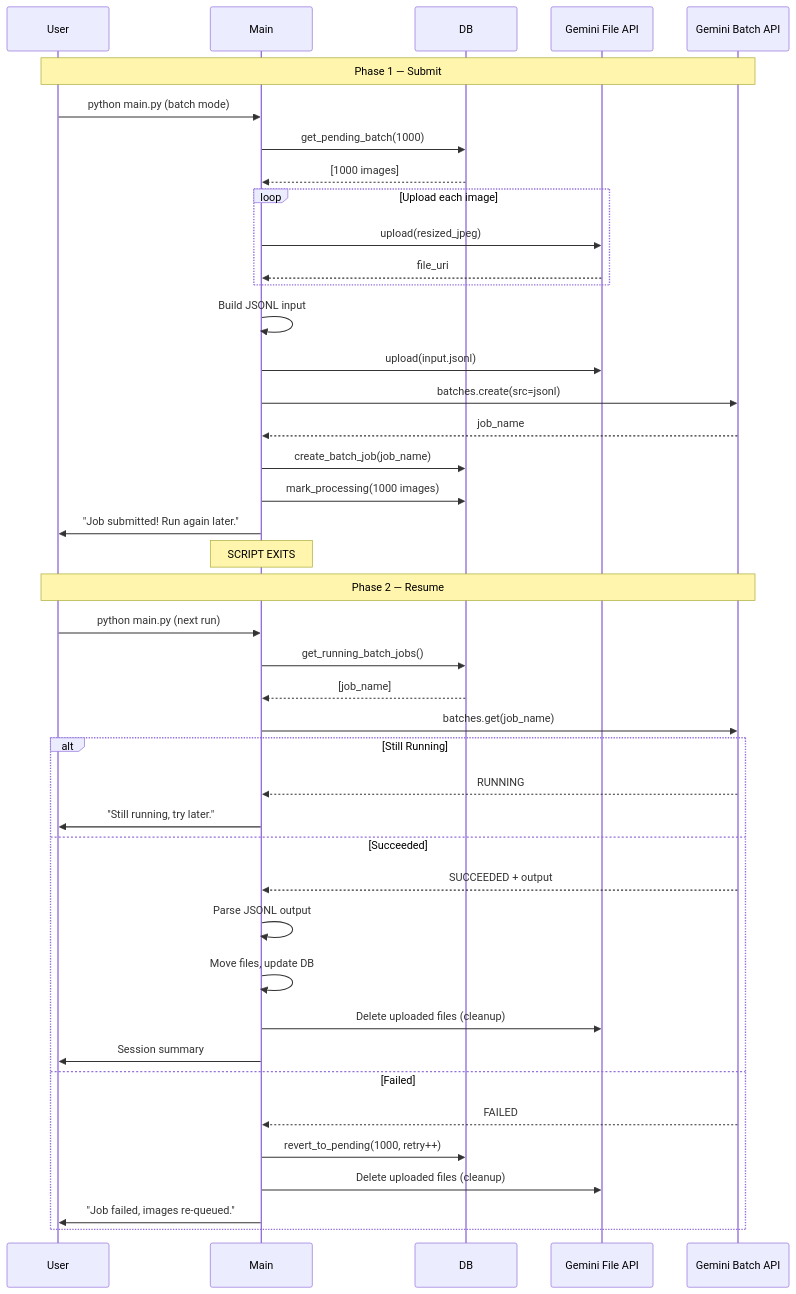
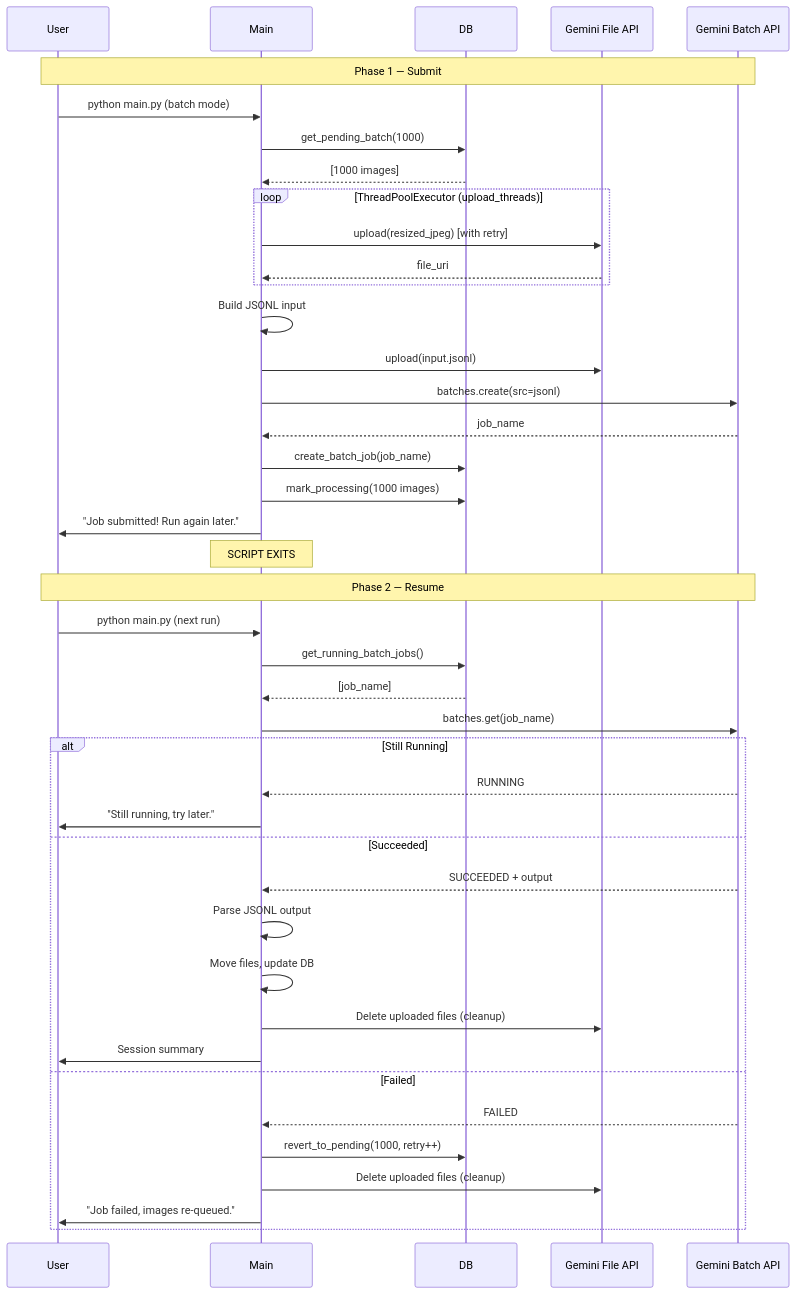
The third of 4 diagrams in docs/architecture.md (jadia/whatsapp_images_sort), drawn with Mermaid before and after one commit. The commit also changed other lines of this file and 16 other files, not shown here.

Commit message:
feat: Implement robust retry logic with exponential backoff, add parallel file deletion to cleanup script, and enhance API cost tracking.

````diff
--- a/docs/architecture.md
+++ b/docs/architecture.md
@@ -106,49 +106,49 @@
 ```mermaid
 sequenceDiagram
     participant User
     participant Main
     participant DB
     participant FileAPI as Gemini File API
     participant BatchAPI as Gemini Batch API
 
     Note over User,BatchAPI: Phase 1 — Submit
     User->>Main: python main.py (batch mode)
     Main->>DB: get_pending_batch(1000)
     DB-->>Main: [1000 images]
 
-    loop Upload each image
-        Main->>FileAPI: upload(resized_jpeg)
+    loop ThreadPoolExecutor (upload_threads)
+        Main->>FileAPI: upload(resized_jpeg) [with retry]
         FileAPI-->>Main: file_uri
     end
 
     Main->>Main: Build JSONL input
     Main->>FileAPI: upload(input.jsonl)
     Main->>BatchAPI: batches.create(src=jsonl)
     BatchAPI-->>Main: job_name
     Main->>DB: create_batch_job(job_name)
     Main->>DB: mark_processing(1000 images)
     Main->>User: "Job submitted! Run again later."
     Note over Main: SCRIPT EXITS
 
     Note over User,BatchAPI: Phase 2 — Resume
     User->>Main: python main.py (next run)
     Main->>DB: get_running_batch_jobs()
     DB-->>Main: [job_name]
     Main->>BatchAPI: batches.get(job_name)
 
     alt Still Running
         BatchAPI-->>Main: RUNNING
         Main->>User: "Still running, try later."
     else Succeeded
         BatchAPI-->>Main: SUCCEEDED + output
         Main->>Main: Parse JSONL output
         Main->>Main: Move files, update DB
         Main->>FileAPI: Delete uploaded files (cleanup)
         Main->>User: Session summary
     else Failed
         BatchAPI-->>Main: FAILED
         Main->>DB: revert_to_pending(1000, retry++)
         Main->>FileAPI: Delete uploaded files (cleanup)
         Main->>User: "Job failed, images re-queued."
     end
 ```
````
